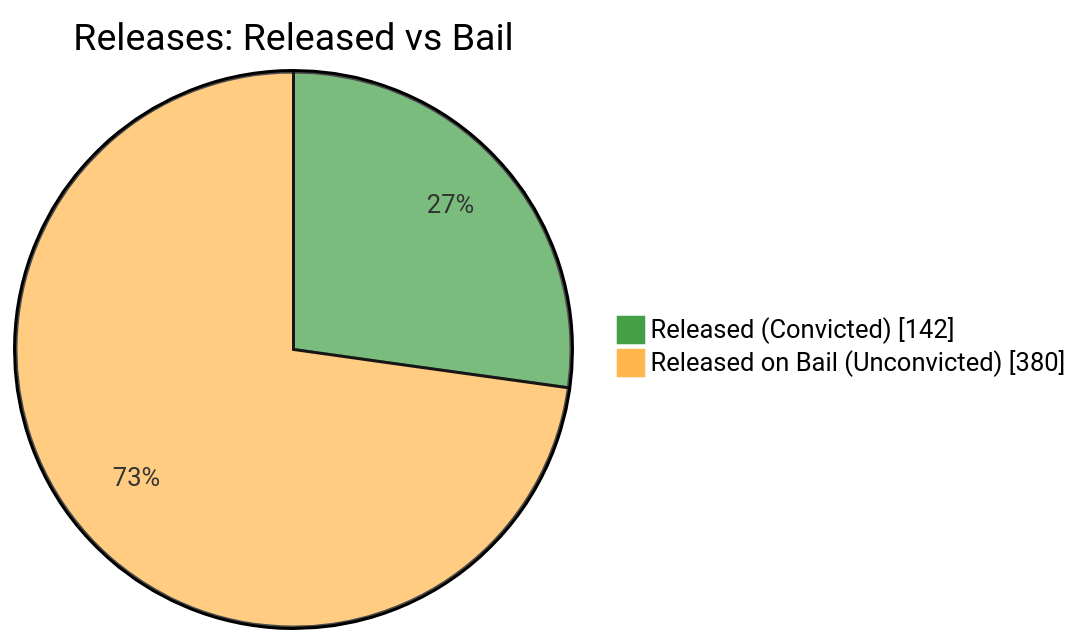
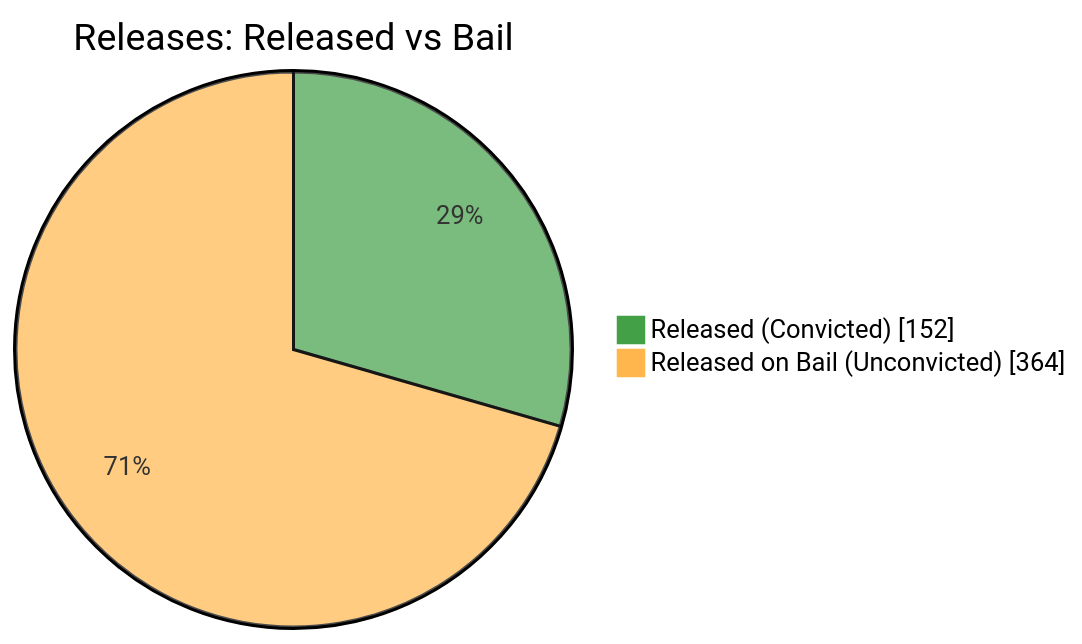
One commit to nuuuwan/lk_prisons changed the fifth of 7 diagrams in README.md. Above: the diagram before and after it, drawn with Mermaid. The commit also changed other lines of this file and 1 other file, not shown here.

````diff
--- a/README.md
+++ b/README.md
@@ -87,6 +87,6 @@
 ```mermaid
 %%{init: {'themeVariables': {'pie1': '#43A047', 'pie2': '#FFB74D'}}}%%
 pie showData title Releases: Released vs Bail
-    "Released (Convicted)" : 142
-    "Released on Bail (Unconvicted)" : 380
+    "Released (Convicted)" : 152
+    "Released on Bail (Unconvicted)" : 364
 ```
````
